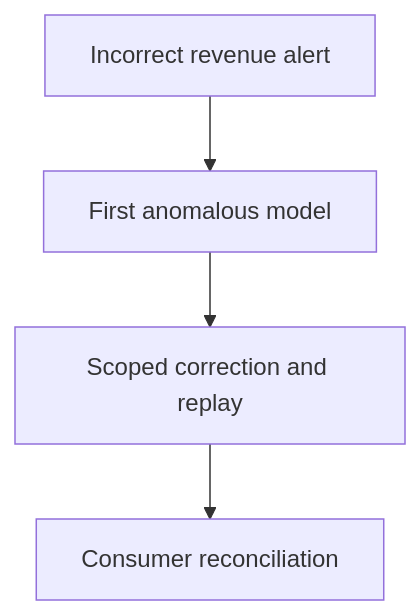
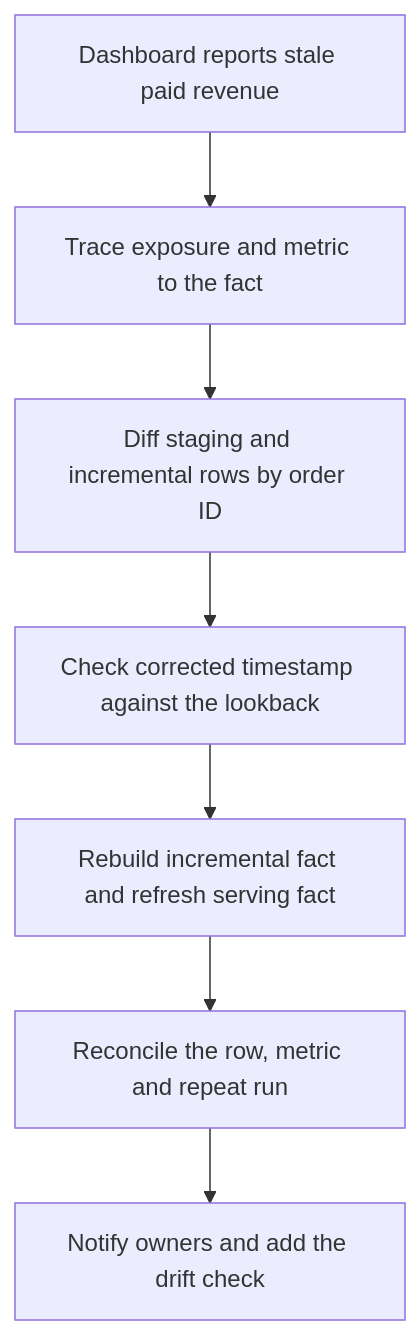
One commit to Rohit1024/dbt-learn changed the diagram in docs/lessons/0040-capstone-incident-drill-and-portfolio-review.md. Above: the diagram before and after it, drawn with Mermaid. The commit also changed other lines of this file and 4 other files, not shown here.

````diff
--- a/docs/lessons/0040-capstone-incident-drill-and-portfolio-review.md
+++ b/docs/lessons/0040-capstone-incident-drill-and-portfolio-review.md
@@ -7,8 +5,9 @@
 ```mermaid
 flowchart TD
-    A["Incorrect revenue alert"]
-    B["First anomalous model"]
-    C["Scoped correction and replay"]
-    D["Consumer reconciliation"]
-    A --> B --> C --> D
+    A["Dashboard reports stale paid revenue"] --> B["Trace exposure and metric to the fact"]
+    B --> C["Diff staging and incremental rows by order ID"]
+    C --> D["Check corrected timestamp against the lookback"]
+    D --> E["Rebuild incremental fact and refresh serving fact"]
+    E --> F["Reconcile the row, metric and repeat run"]
+    F --> G["Notify owners and add the drift check"]
 ```
````
